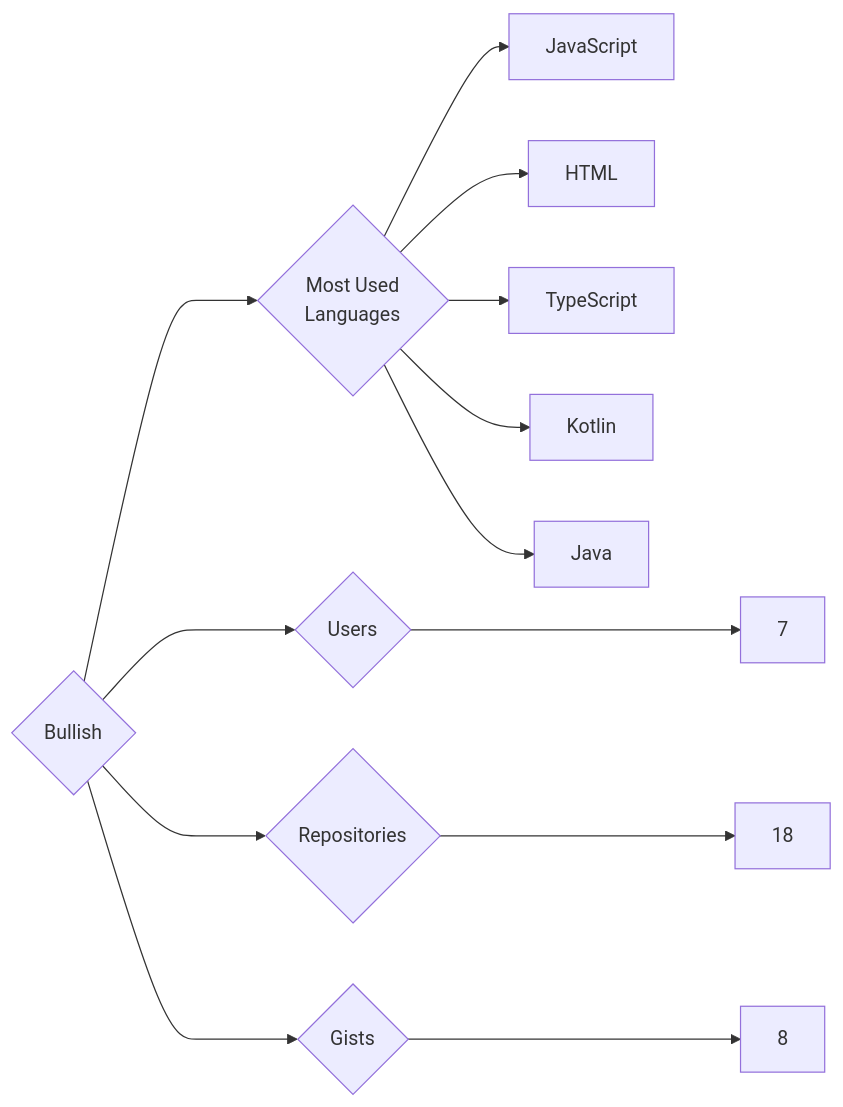
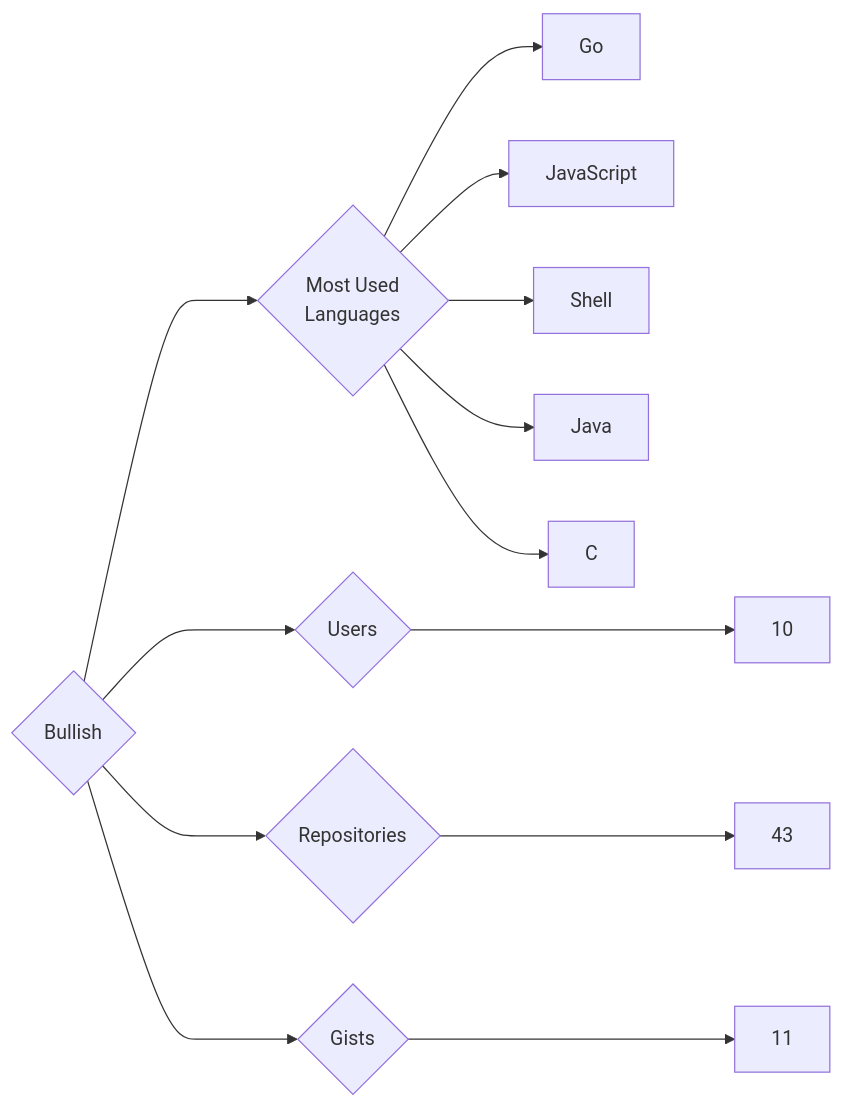
The diagram in targets/Bullish/README.md (trickest/insiders), drawn with Mermaid before and after one commit. The commit also changed 900 other files, not shown here.

````diff
--- a/targets/Bullish/README.md
+++ b/targets/Bullish/README.md
@@ -3,13 +3,13 @@
 ```mermaid
 graph LR
 COMPANY_NAME{Bullish}
-COMPANY_NAME ---> U{Users} ---> UN[7]
-COMPANY_NAME ---> R{Repositories} ---> RN[18]
-COMPANY_NAME ---> G{Gists} ---> GN[8]
+COMPANY_NAME ---> U{Users} ---> UN[10]
+COMPANY_NAME ---> R{Repositories} ---> RN[43]
+COMPANY_NAME ---> G{Gists} ---> GN[11]
 COMPANY_NAME ---> ML{Most Used<br>Languages}
+ML --> Go[Go]
 ML --> JavaScript[JavaScript]
-ML --> HTML[HTML]
-ML --> TypeScript[TypeScript]
-ML --> Kotlin[Kotlin]
+ML --> Shell[Shell]
 ML --> Java[Java]
+ML --> C[C]
 ```
````
